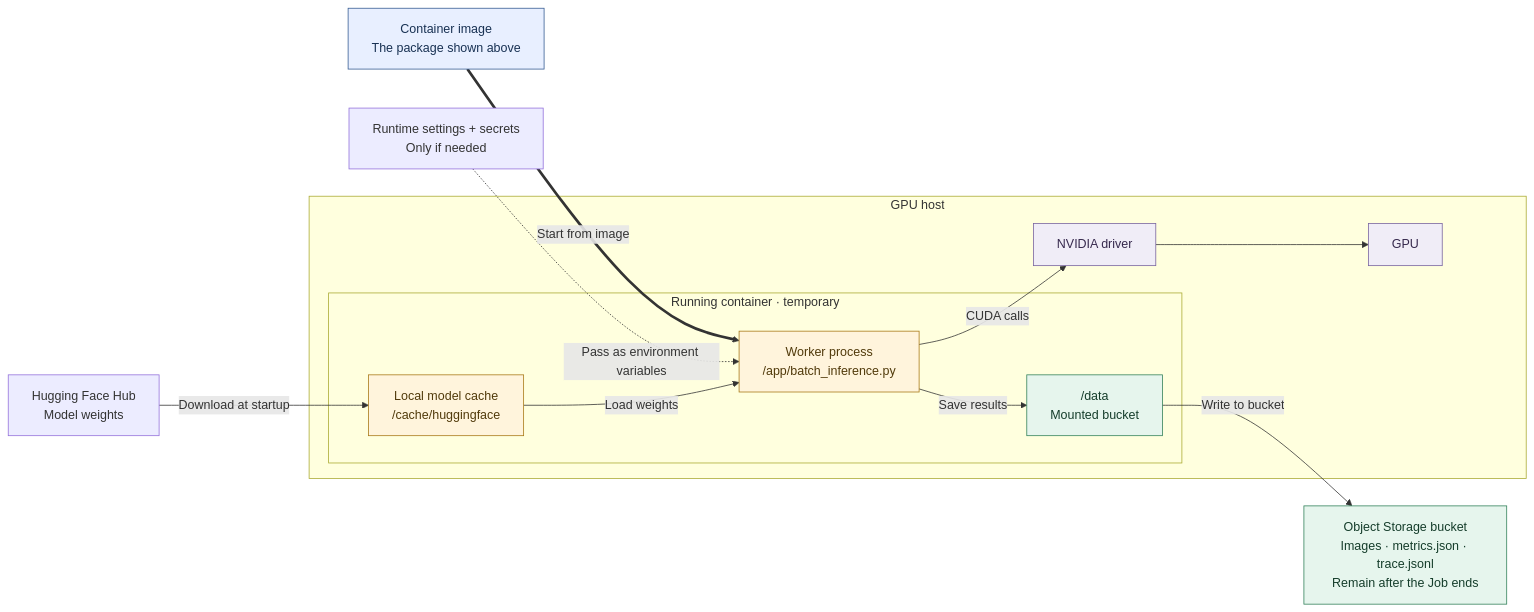
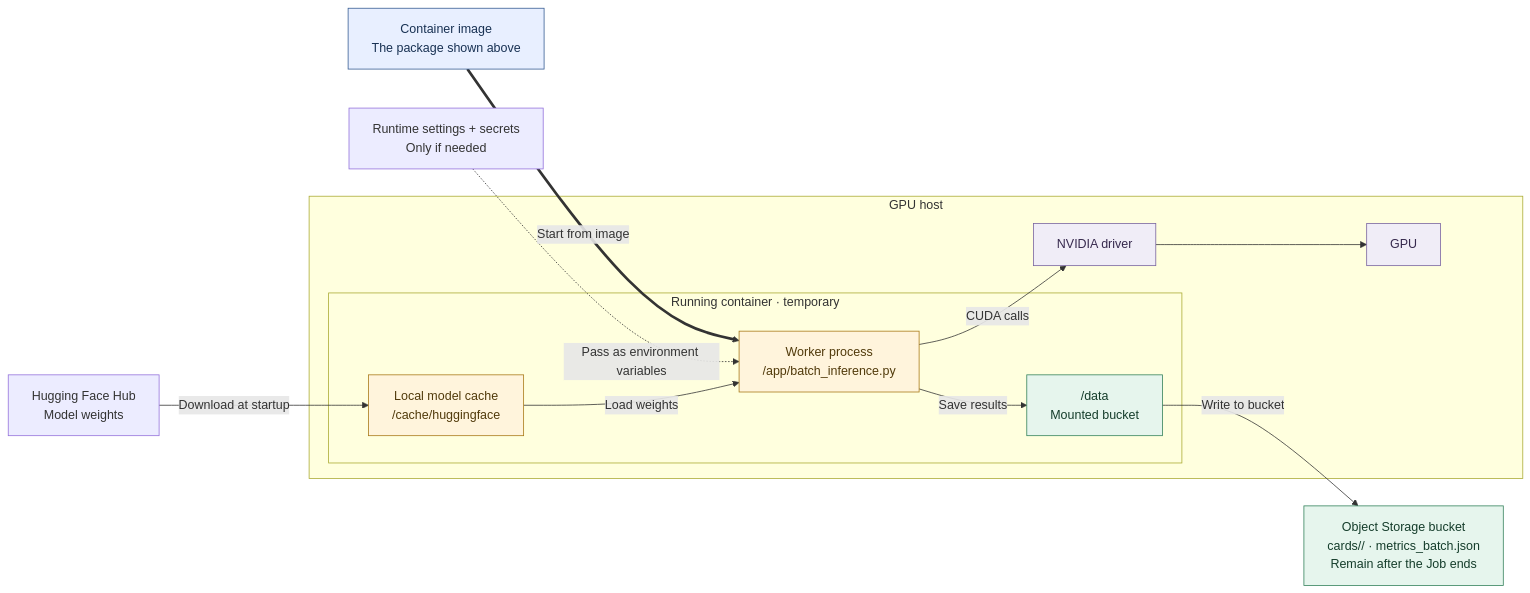
One commit to DataTalksClub/production-ai-agents-for-media-generation changed the second of 2 diagrams in 01-consistent-media-generation-on-serverless-gpus/03-containers.md. Above: the diagram before and after it, drawn with Mermaid. The commit also changed 2 other files, not shown here.

Commit message:
refactor(module-1): align lessons 02-03 with SANA spec and batch bucket layout

````diff
--- a/01-consistent-media-generation-on-serverless-gpus/03-containers.md
+++ b/01-consistent-media-generation-on-serverless-gpus/03-containers.md
@@ -77,36 +77,36 @@
 ```mermaid
 flowchart LR
     image["Container image<br/>The package shown above"]
     secrets["Runtime settings + secrets<br/>Only if needed"]
     hub["Hugging Face Hub<br/>Model weights"]
 
     subgraph host["GPU host"]
         subgraph container["Running container · temporary"]
             app["Worker process<br/>/app/batch_inference.py"]
             cache["Local model cache<br/>/cache/huggingface"]
             out["/data<br/>Mounted bucket"]
         end
         driver["NVIDIA driver"]
         gpu["GPU"]
         app -->|"CUDA calls"| driver
         driver --> gpu
     end
 
-    bucket["Object Storage bucket<br/>Images · metrics.json · trace.jsonl<br/>Remain after the Job ends"]
+    bucket["Object Storage bucket<br/>cards/<id>/ · metrics_batch.json<br/>Remain after the Job ends"]
 
     image ==>|"Start from image"| app
     secrets -.->|"Pass as environment variables"| app
     hub -->|"Download at startup"| cache
     cache -->|"Load weights"| app
     app -->|"Save results"| out
     out -->|"Write to bucket"| bucket
 
     classDef packaged fill:#e8efff,stroke:#345a91,color:#183153
     classDef temporary fill:#fff4dc,stroke:#a87816,color:#513a0b
     classDef persistent fill:#e6f5ed,stroke:#32805a,color:#153d2b
     classDef hardware fill:#f0edf7,stroke:#77629e,color:#36294d
     class image packaged
     class app,cache temporary
     class out,bucket persistent
     class driver,gpu hardware
 ```
````
